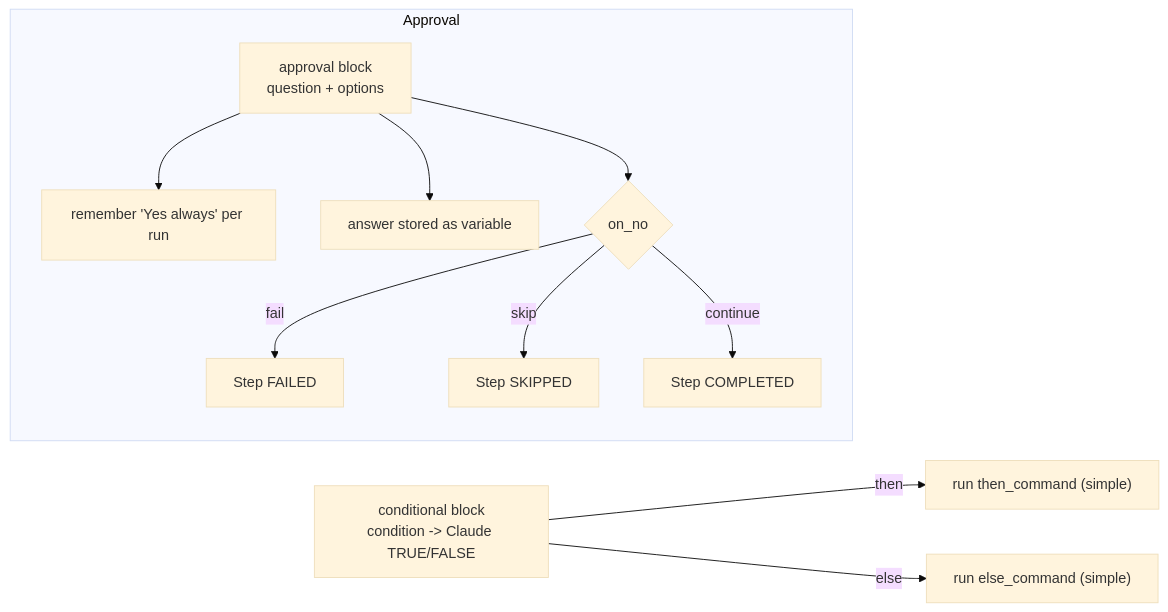
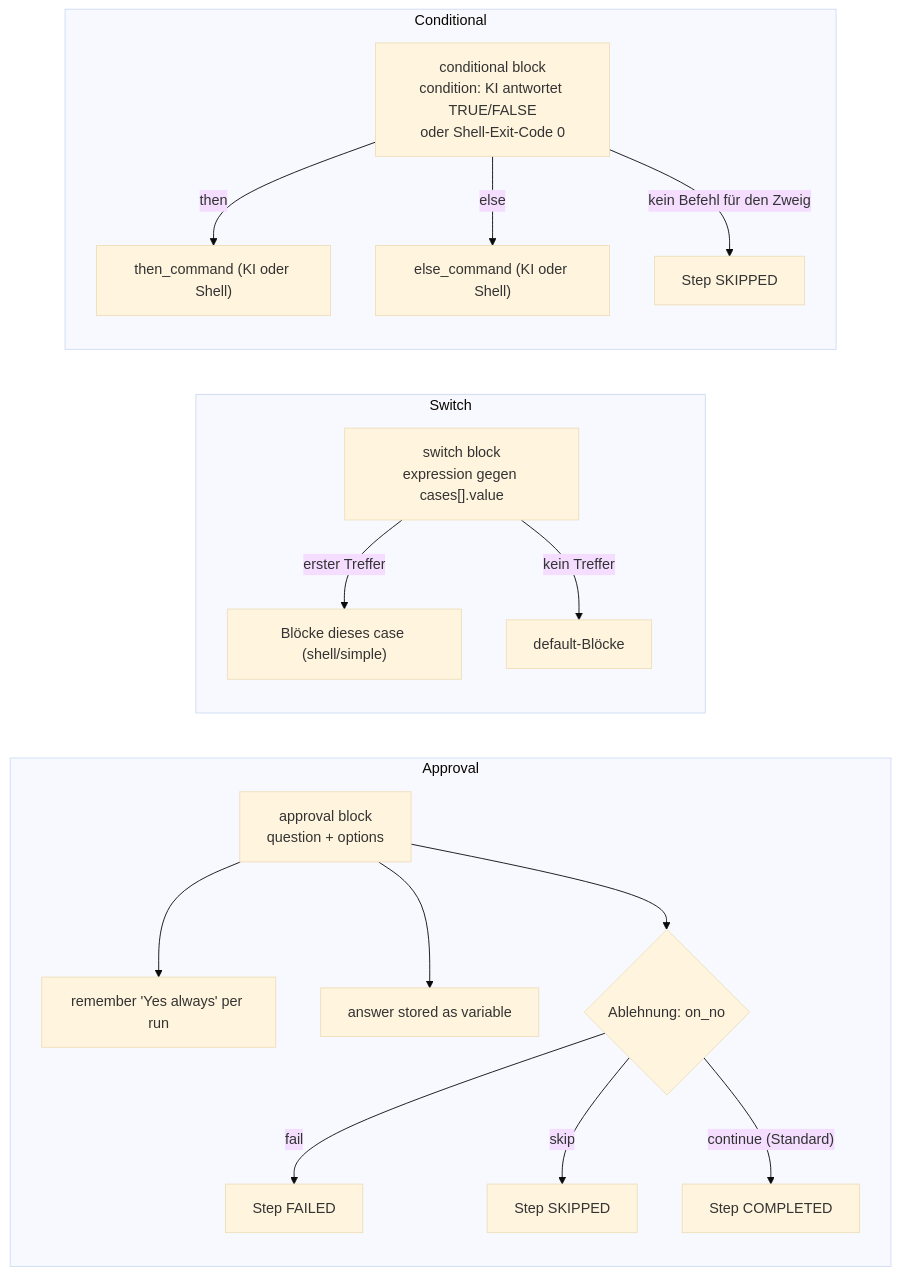
Before and after one commit to FLSEST/MySuricates: the fifth of 5 diagrams in docs/workflow-engine-diagrams.md, drawn with Mermaid (base theme). The commit also changed other lines of this file and 4 other files, not shown here.

First line of the commit message:
docs(diagramme): Engine page shows provider routing, host execution and the current block matrix

````diff
--- a/docs/workflow-engine-diagrams.md
+++ b/docs/workflow-engine-diagrams.md
@@ -136,13 +147,20 @@
 ```mermaid
 flowchart LR
-    A["conditional block<br/>condition -> Claude TRUE/FALSE"] -->|then| T["run then_command (simple)"]
-    A -->|else| E["run else_command (simple)"]
     subgraph Approval
         Q["approval block<br/>question + options"] --> MEM["remember 'Yes always' per run"]
         Q --> OUTC["answer stored as variable"]
-        Q --> DEC{"on_no"}
+        Q --> DEC{"Ablehnung: on_no"}
         DEC -->|fail| FAIL["Step FAILED"]
         DEC -->|skip| SKIP["Step SKIPPED"]
-        DEC -->|continue| CONT["Step COMPLETED"]
+        DEC -->|"continue (Standard)"| CONT["Step COMPLETED"]
+    end
+    subgraph Switch
+        S["switch block<br/>expression gegen cases[].value"] -->|"erster Treffer"| CASE["Blöcke dieses case (shell/simple)"]
+        S -->|"kein Treffer"| DEF["default-Blöcke"]
+    end
+    subgraph Conditional
+        A["conditional block<br/>condition: KI antwortet TRUE/FALSE<br/>oder Shell-Exit-Code 0"] -->|then| T["then_command (KI oder Shell)"]
+        A -->|else| E["else_command (KI oder Shell)"]
+        A -->|"kein Befehl für den Zweig"| NOP["Step SKIPPED"]
     end
 ```
````
